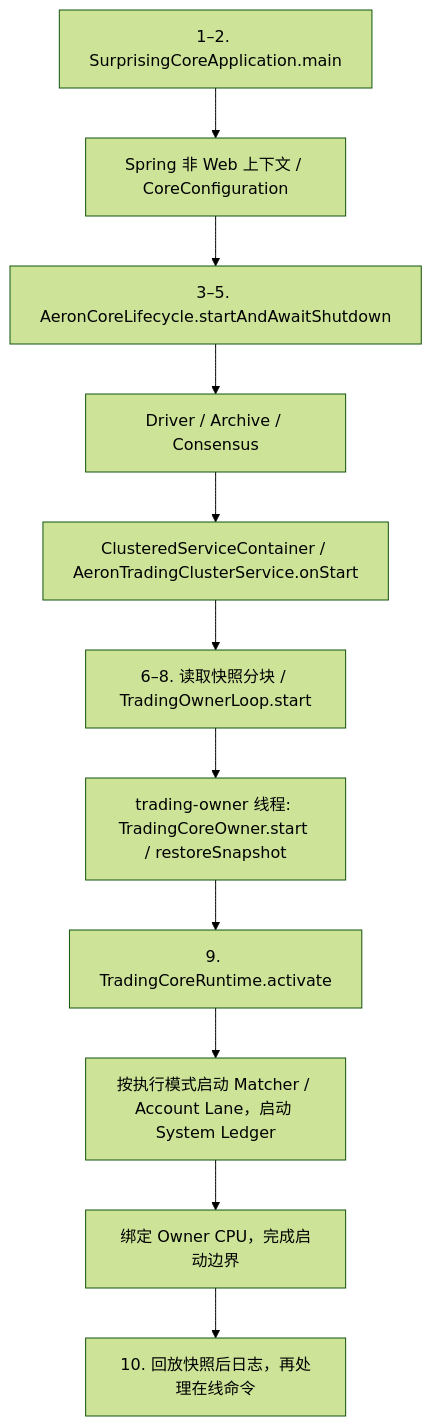
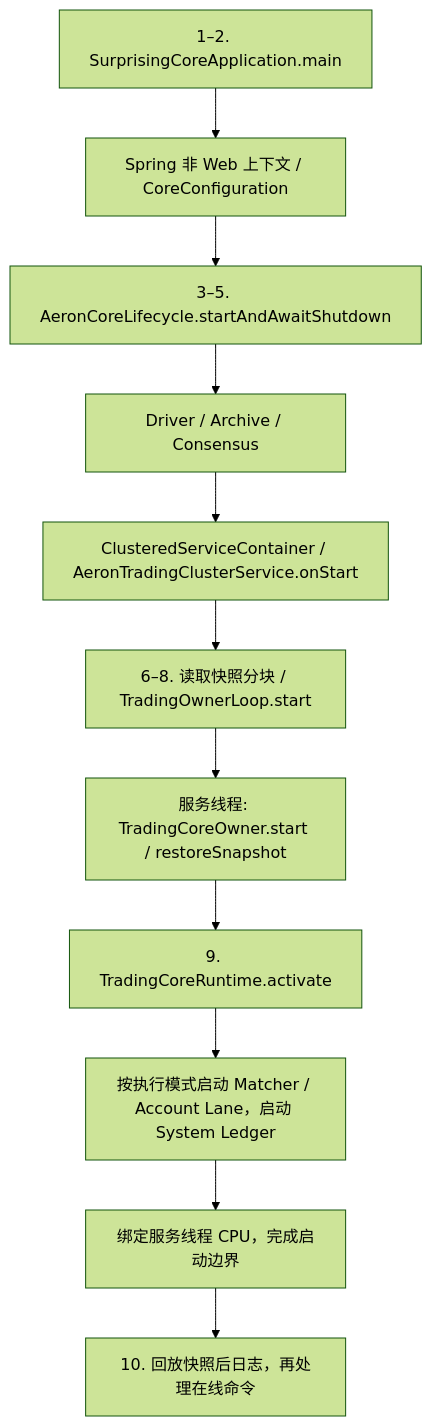
One commit to lilaizhencn/surprising-ex changed the first of 6 diagrams in surprising-aeron-core/surprising-aeron-service/README.md. Above: the diagram before and after it, drawn with Mermaid (forest theme). The commit also changed other lines of this file and 16 other files, not shown here.

````diff
--- a/surprising-aeron-core/surprising-aeron-service/README.md
+++ b/surprising-aeron-core/surprising-aeron-service/README.md
@@ -277,13 +277,13 @@
 ```mermaid
 flowchart TD
     A[1–2. SurprisingCoreApplication.main] --> B[Spring 非 Web 上下文 / CoreConfiguration]
     B --> C[3–5. AeronCoreLifecycle.startAndAwaitShutdown]
     C --> D[Driver / Archive / Consensus]
     D --> E[ClusteredServiceContainer / AeronTradingClusterService.onStart]
     E --> F[6–8. 读取快照分块 / TradingOwnerLoop.start]
-    F --> G[trading-owner 线程: TradingCoreOwner.start / restoreSnapshot]
+    F --> G[服务线程: TradingCoreOwner.start / restoreSnapshot]
     G --> H[9. TradingCoreRuntime.activate]
     H --> I[按执行模式启动 Matcher / Account Lane，启动 System Ledger]
-    I --> J[绑定 Owner CPU，完成启动边界]
+    I --> J[绑定服务线程 CPU，完成启动边界]
     J --> K[10. 回放快照后日志，再处理在线命令]
 ```
````
